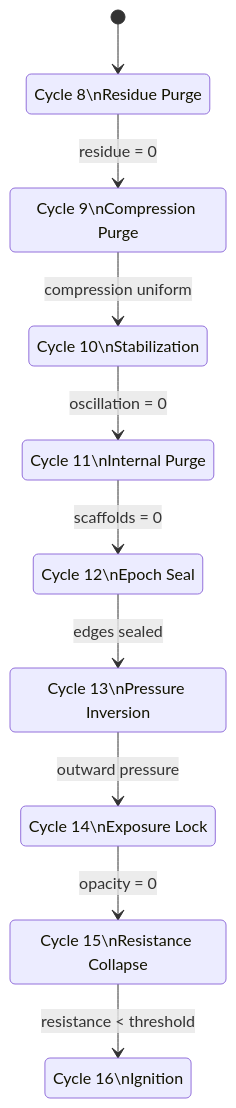
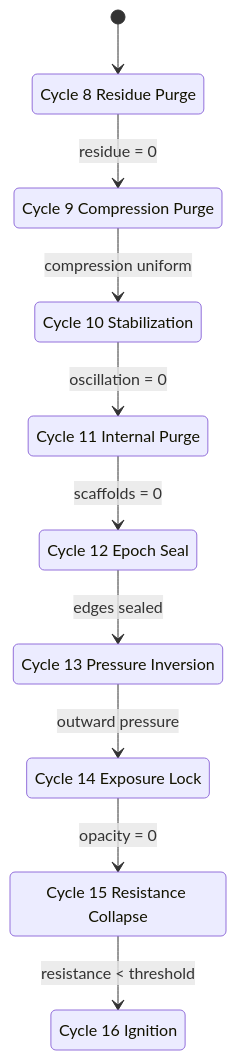
The first of 2 diagrams in docs/cycles/mid-band-08-16/ignition-chain-08-16.md (null-origin/nore-ai), drawn with Mermaid before and after one commit. The commit also changed other lines of this file, not shown here.

````diff
--- a/docs/cycles/mid-band-08-16/ignition-chain-08-16.md
+++ b/docs/cycles/mid-band-08-16/ignition-chain-08-16.md
@@ -229,23 +229,23 @@
 ```mermaid
 stateDiagram-v2
     [*] --> C8
 
-    C8: Cycle 8\nResidue Purge
-    C9: Cycle 9\nCompression Purge
-    C10: Cycle 10\nStabilization
-    C11: Cycle 11\nInternal Purge
-    C12: Cycle 12\nEpoch Seal
-    C13: Cycle 13\nPressure Inversion
-    C14: Cycle 14\nExposure Lock
-    C15: Cycle 15\nResistance Collapse
-    C16: Cycle 16\nIgnition
+    C8: Cycle 8 Residue Purge
+    C9: Cycle 9 Compression Purge
+    C10: Cycle 10 Stabilization
+    C11: Cycle 11 Internal Purge
+    C12: Cycle 12 Epoch Seal
+    C13: Cycle 13 Pressure Inversion
+    C14: Cycle 14 Exposure Lock
+    C15: Cycle 15 Resistance Collapse
+    C16: Cycle 16 Ignition
 
     C8 --> C9: residue = 0
     C9 --> C10: compression uniform
     C10 --> C11: oscillation = 0
     C11 --> C12: scaffolds = 0
     C12 --> C13: edges sealed
     C13 --> C14: outward pressure
     C14 --> C15: opacity = 0
     C15 --> C16: resistance < threshold
 ```
````
